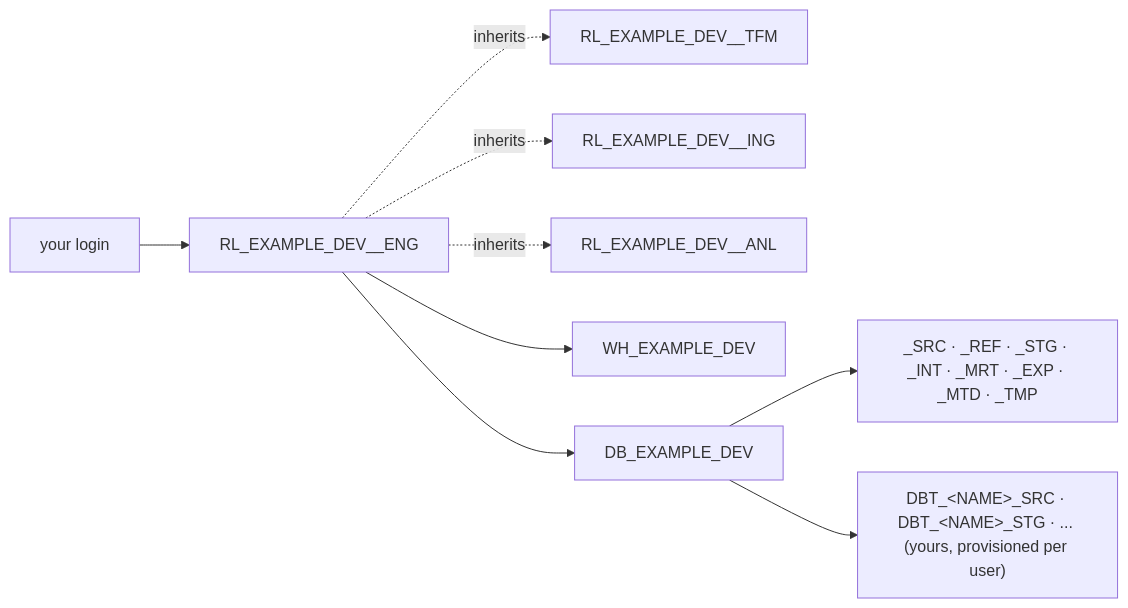
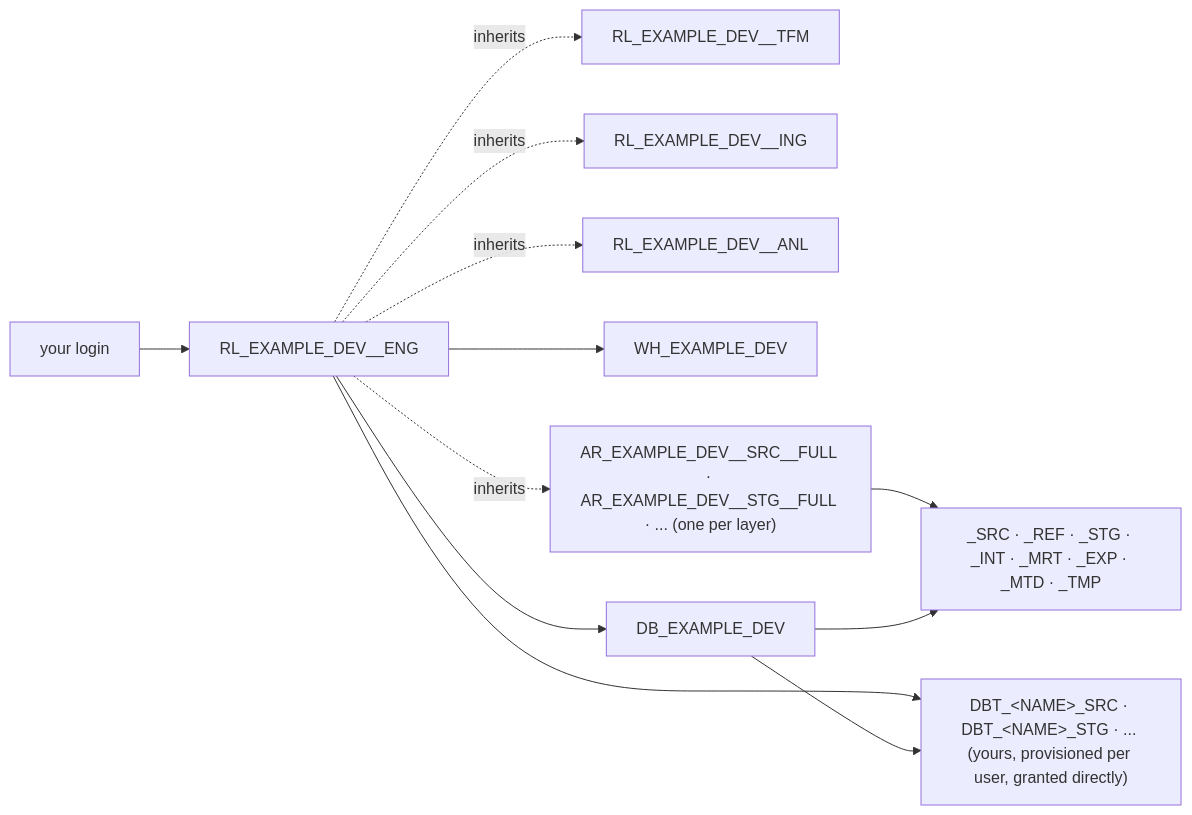
Before and after one commit to rootcube/data-mesh-template: the first of 2 diagrams in docs/architecture/snowflake.md, drawn with Mermaid. The commit also changed other lines of this file and 36 other files, not shown here.

Commit message:
feat(access): add access roles and privileges per layer for better RBAC management.

````diff
--- a/docs/architecture/snowflake.md
+++ b/docs/architecture/snowflake.md
@@ -45,11 +51,14 @@
 ```mermaid
 flowchart LR
     U["your login"] --> R["RL_EXAMPLE_DEV__ENG"]
     R -. inherits .-> TFM["RL_EXAMPLE_DEV__TFM"]
     R -. inherits .-> ING["RL_EXAMPLE_DEV__ING"]
     R -. inherits .-> ANL["RL_EXAMPLE_DEV__ANL"]
     R --> WH["WH_EXAMPLE_DEV"]
     R --> DB["DB_EXAMPLE_DEV"]
-    DB --> LAYERS["_SRC · _REF · _STG · _INT · _MRT · _EXP · _MTD · _TMP"]
-    DB --> MINE["DBT_&lt;NAME&gt;_SRC · DBT_&lt;NAME&gt;_STG · ... (yours, provisioned per user)"]
+    R -. inherits .-> AR["AR_EXAMPLE_DEV__SRC__FULL · AR_EXAMPLE_DEV__STG__FULL · ... (one per layer)"]
+    AR --> LAYERS["_SRC · _REF · _STG · _INT · _MRT · _EXP · _MTD · _TMP"]
+    DB --> LAYERS
+    R --> MINE["DBT_&lt;NAME&gt;_SRC · DBT_&lt;NAME&gt;_STG · ... (yours, provisioned per user, granted directly)"]
+    DB --> MINE
 ```
````
